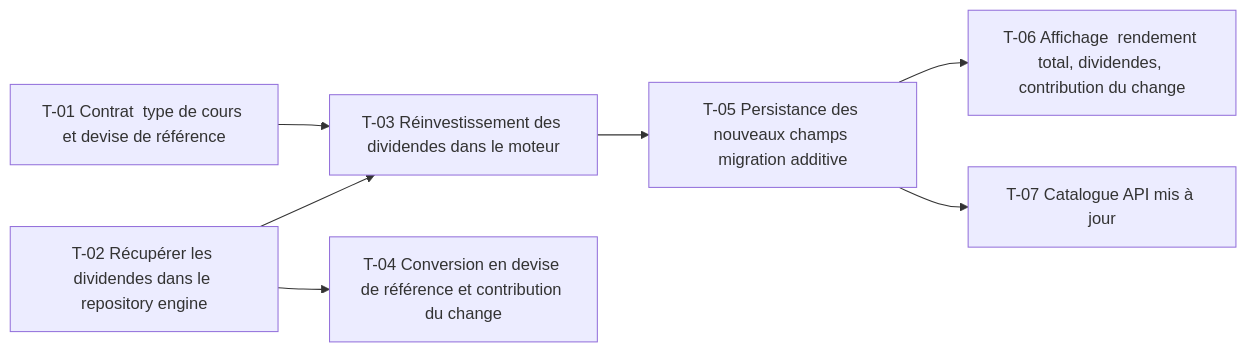
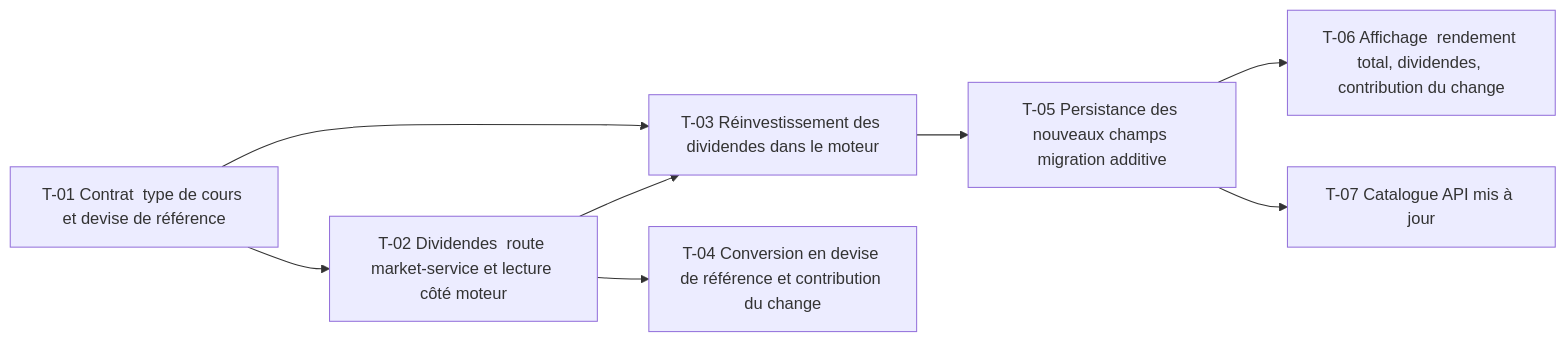
One commit to Matsuel/TradingPlateform changed the diagram in roadmap/11-dividendes-splits-devise/TASKS.md. Above: the diagram before and after it, drawn with Mermaid. The commit also changed other lines of this file and 2 other files, not shown here.

Commit message:
docs(roadmap): feature 11, dividendes lus via market-service seul (D4)

````diff
--- a/roadmap/11-dividendes-splits-devise/TASKS.md
+++ b/roadmap/11-dividendes-splits-devise/TASKS.md
@@ -32,16 +32,17 @@
 ```mermaid
 flowchart LR
     T01[T-01 Contrat  type de cours et devise de référence]
-    T02[T-02 Récupérer les dividendes dans le repository engine]
+    T02[T-02 Dividendes  route market-service et lecture côté moteur]
     T03[T-03 Réinvestissement des dividendes dans le moteur]
     T04[T-04 Conversion en devise de référence et contribution du change]
     T05[T-05 Persistance des nouveaux champs migration additive]
     T06[T-06 Affichage  rendement total, dividendes, contribution du change]
     T07[T-07 Catalogue API mis à jour]
+    T01 --> T02
     T01 --> T03
     T02 --> T03
     T02 --> T04
     T03 --> T05
     T05 --> T06
     T05 --> T07
 ```
````
